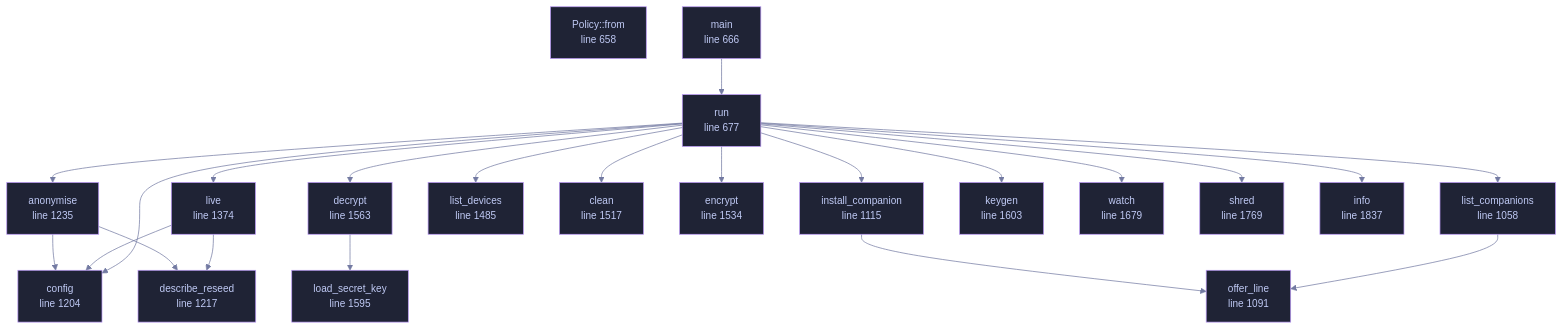
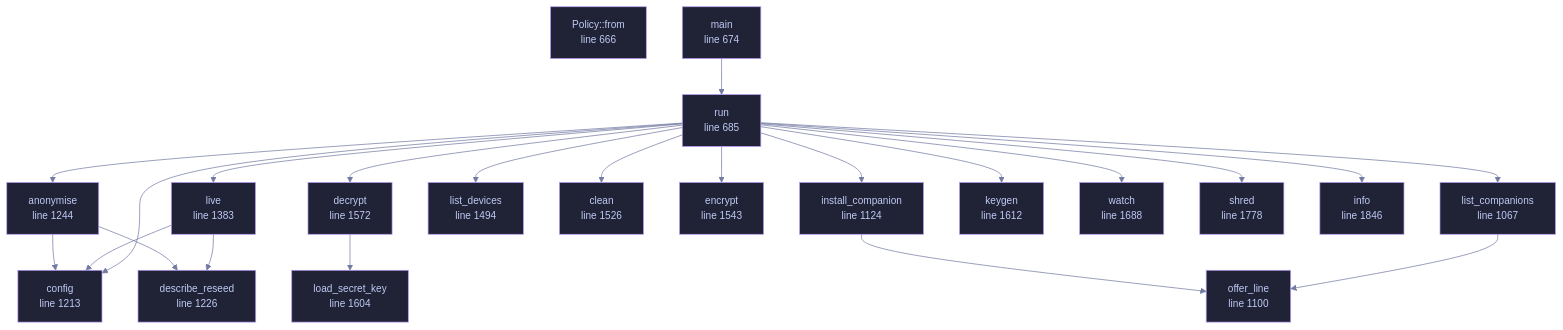
One commit to tilas01/veilvoice changed the diagram in docs/files/veilvoice-cli/main.md. Above: the diagram before and after it, drawn with Mermaid. The commit also changed other lines of this file and 37 other files, not shown here.

````diff
--- a/docs/files/veilvoice-cli/main.md
+++ b/docs/files/veilvoice-cli/main.md
@@ -128,65 +128,65 @@
 ```mermaid
 %%{init: {"theme":"base","themeVariables":{"background":"#1a1b26","primaryColor":"#1f2335","primaryTextColor":"#c0caf5","primaryBorderColor":"#7aa2f7","secondaryColor":"#16161e","tertiaryColor":"#16161e","lineColor":"#737aa2","textColor":"#c0caf5","mainBkg":"#1f2335","nodeBorder":"#7aa2f7","clusterBkg":"#16161e","clusterBorder":"#2f3549","fontFamily":"ui-monospace, SFMono-Regular, Consolas, monospace","fontSize":"14px"}}}%%
 flowchart TD
-    n_from["Policy::from<br/>line 658"]
-    n_main["main<br/>line 666"]
-    n_run["run<br/>line 677"]
-    n_list_companions["list_companions<br/>line 1058"]
-    n_offer_line["offer_line<br/>line 1091"]
-    n_install_companion["install_companion<br/>line 1115"]
-    n_config["config<br/>line 1204"]
-    n_describe_reseed["describe_reseed<br/>line 1217"]
-    n_anonymise["anonymise<br/>line 1235"]
-    n_live["live<br/>line 1374"]
-    n_list_devices["list_devices<br/>line 1485"]
-    n_clean["clean<br/>line 1517"]
-    n_encrypt["encrypt<br/>line 1534"]
-    n_decrypt["decrypt<br/>line 1563"]
-    n_load_secret_key["load_secret_key<br/>line 1595"]
-    n_keygen["keygen<br/>line 1603"]
-    n_watch["watch<br/>line 1679"]
-    n_shred["shred<br/>line 1769"]
-    n_info["info<br/>line 1837"]
+    n_from["Policy::from<br/>line 666"]
+    n_main["main<br/>line 674"]
+    n_run["run<br/>line 685"]
+    n_list_companions["list_companions<br/>line 1067"]
+    n_offer_line["offer_line<br/>line 1100"]
+    n_install_companion["install_companion<br/>line 1124"]
+    n_config["config<br/>line 1213"]
+    n_describe_reseed["describe_reseed<br/>line 1226"]
+    n_anonymise["anonymise<br/>line 1244"]
+    n_live["live<br/>line 1383"]
+    n_list_devices["list_devices<br/>line 1494"]
+    n_clean["clean<br/>line 1526"]
+    n_encrypt["encrypt<br/>line 1543"]
+    n_decrypt["decrypt<br/>line 1572"]
+    n_load_secret_key["load_secret_key<br/>line 1604"]
+    n_keygen["keygen<br/>line 1612"]
+    n_watch["watch<br/>line 1688"]
+    n_shred["shred<br/>line 1778"]
+    n_info["info<br/>line 1846"]
     n_anonymise --> n_config
     n_anonymise --> n_describe_reseed
     n_decrypt --> n_load_secret_key
     n_install_companion --> n_offer_line
     n_list_companions --> n_offer_line
     n_live --> n_config
     n_live --> n_describe_reseed
     n_main --> n_run
     n_run --> n_anonymise
     n_run --> n_clean
     n_run --> n_config
     n_run --> n_decrypt
     n_run --> n_encrypt
     n_run --> n_info
     n_run --> n_install_companion
     n_run --> n_keygen
     n_run --> n_list_companions
     n_run --> n_list_devices
     n_run --> n_live
     n_run --> n_shred
     n_run --> n_watch
-    click n_from href "https://github.com/tilas01/veilvoice/blob/main/crates/veilvoice-cli/src/main.rs#L658" "open the source"
-    click n_main href "https://github.com/tilas01/veilvoice/blob/main/crates/veilvoice-cli/src/main.rs#L666" "open the source"
-    click n_run href "https://github.com/tilas01/veilvoice/blob/main/crates/veilvoice-cli/src/main.rs#L677" "open the source"
-    click n_list_companions href "https://github.com/tilas01/veilvoice/blob/main/crates/veilvoice-cli/src/main.rs#L1058" "open the source"
-    click n_offer_line href "https://github.com/tilas01/veilvoice/blob/main/crates/veilvoice-cli/src/main.rs#L1091" "open the source"
-    click n_install_companion href "https://github.com/tilas01/veilvoice/blob/main/crates/veilvoice-cli/src/main.rs#L1115" "open the source"
-    click n_config href "https://github.com/tilas01/veilvoice/blob/main/crates/veilvoice-cli/src/main.rs#L1204" "open the source"
-    click n_describe_reseed href "https://github.com/tilas01/veilvoice/blob/main/crates/veilvoice-cli/src/main.rs#L1217" "open the source"
-    click n_anonymise href "https://github.com/tilas01/veilvoice/blob/main/crates/veilvoice-cli/src/main.rs#L1235" "open the source"
-    click n_live href "https://github.com/tilas01/veilvoice/blob/main/crates/veilvoice-cli/src/main.rs#L1374" "open the source"
-    click n_list_devices href "https://github.com/tilas01/veilvoice/blob/main/crates/veilvoice-cli/src/main.rs#L1485" "open the source"
-    click n_clean href "https://github.com/tilas01/veilvoice/blob/main/crates/veilvoice-cli/src/main.rs#L1517" "open the source"
-    click n_encrypt href "https://github.com/tilas01/veilvoice/blob/main/crates/veilvoice-cli/src/main.rs#L1534" "open the source"
-    click n_decrypt href "https://github.com/tilas01/veilvoice/blob/main/crates/veilvoice-cli/src/main.rs#L1563" "open the source"
-    click n_load_secret_key href "https://github.com/tilas01/veilvoice/blob/main/crates/veilvoice-cli/src/main.rs#L1595" "open the source"
-    click n_keygen href "https://github.com/tilas01/veilvoice/blob/main/crates/veilvoice-cli/src/main.rs#L1603" "open the source"
-    click n_watch href "https://github.com/tilas01/veilvoice/blob/main/crates/veilvoice-cli/src/main.rs#L1679" "open the source"
-    click n_shred href "https://github.com/tilas01/veilvoice/blob/main/crates/veilvoice-cli/src/main.rs#L1769" "open the source"
-    click n_info href "https://github.com/tilas01/veilvoice/blob/main/crates/veilvoice-cli/src/main.rs#L1837" "open the source"
+    click n_from href "https://github.com/tilas01/veilvoice/blob/main/crates/veilvoice-cli/src/main.rs#L666" "open the source"
+    click n_main href "https://github.com/tilas01/veilvoice/blob/main/crates/veilvoice-cli/src/main.rs#L674" "open the source"
+    click n_run href "https://github.com/tilas01/veilvoice/blob/main/crates/veilvoice-cli/src/main.rs#L685" "open the source"
+    click n_list_companions href "https://github.com/tilas01/veilvoice/blob/main/crates/veilvoice-cli/src/main.rs#L1067" "open the source"
+    click n_offer_line href "https://github.com/tilas01/veilvoice/blob/main/crates/veilvoice-cli/src/main.rs#L1100" "open the source"
+    click n_install_companion href "https://github.com/tilas01/veilvoice/blob/main/crates/veilvoice-cli/src/main.rs#L1124" "open the source"
+    click n_config href "https://github.com/tilas01/veilvoice/blob/main/crates/veilvoice-cli/src/main.rs#L1213" "open the source"
+    click n_describe_reseed href "https://github.com/tilas01/veilvoice/blob/main/crates/veilvoice-cli/src/main.rs#L1226" "open the source"
+    click n_anonymise href "https://github.com/tilas01/veilvoice/blob/main/crates/veilvoice-cli/src/main.rs#L1244" "open the source"
+    click n_live href "https://github.com/tilas01/veilvoice/blob/main/crates/veilvoice-cli/src/main.rs#L1383" "open the source"
+    click n_list_devices href "https://github.com/tilas01/veilvoice/blob/main/crates/veilvoice-cli/src/main.rs#L1494" "open the source"
+    click n_clean href "https://github.com/tilas01/veilvoice/blob/main/crates/veilvoice-cli/src/main.rs#L1526" "open the source"
+    click n_encrypt href "https://github.com/tilas01/veilvoice/blob/main/crates/veilvoice-cli/src/main.rs#L1543" "open the source"
+    click n_decrypt href "https://github.com/tilas01/veilvoice/blob/main/crates/veilvoice-cli/src/main.rs#L1572" "open the source"
+    click n_load_secret_key href "https://github.com/tilas01/veilvoice/blob/main/crates/veilvoice-cli/src/main.rs#L1604" "open the source"
+    click n_keygen href "https://github.com/tilas01/veilvoice/blob/main/crates/veilvoice-cli/src/main.rs#L1612" "open the source"
+    click n_watch href "https://github.com/tilas01/veilvoice/blob/main/crates/veilvoice-cli/src/main.rs#L1688" "open the source"
+    click n_shred href "https://github.com/tilas01/veilvoice/blob/main/crates/veilvoice-cli/src/main.rs#L1778" "open the source"
+    click n_info href "https://github.com/tilas01/veilvoice/blob/main/crates/veilvoice-cli/src/main.rs#L1846" "open the source"
     classDef helper fill:#1f2335,stroke:#bb9af7,color:#c0caf5
     class n_from,n_main,n_run,n_list_companions,n_offer_line,n_install_companion,n_config,n_describe_reseed,n_anonymise,n_live,n_list_devices,n_clean,n_encrypt,n_decrypt,n_load_secret_key,n_keygen,n_watch,n_shred,n_info helper
 ```
````
